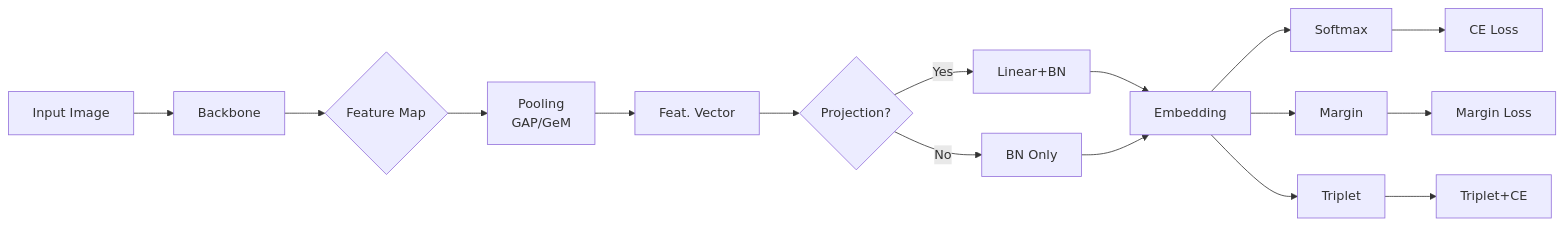
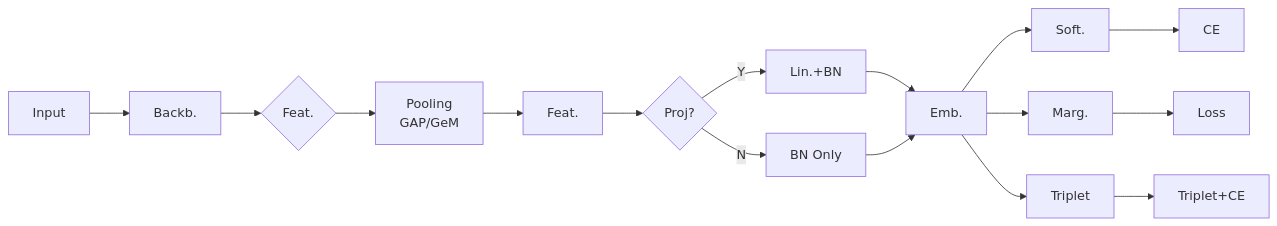
One commit to MicheleMarschner/jaguar_project changed the diagram in reports/experiments/E00_kaggle-leaderboard_backbone.md. Above: the diagram before and after it, drawn with Mermaid.

Commit message:
Refine Re-ID pipeline diagram in markdown
Updated the mermaid diagram for the Re-ID pipeline to improve clarity and conciseness.

````diff
--- a/reports/experiments/E00_kaggle-leaderboard_backbone.md
+++ b/reports/experiments/E00_kaggle-leaderboard_backbone.md
@@ -41,19 +41,18 @@
 ```mermaid
-%%{init: {'nodePadding': 0}}%%
 flowchart LR
-A[Input Image] --> B[Backbone]
-B --> C{Feature Map}
+A[Input] --> B[Backb.]
+B --> C{Feat.}
 
 C --> D[Pooling<br/>GAP/GeM]
-D --> E[Feat. Vector]
+D --> E[Feat.]
 
-E --> F{Projection?}
-F -->|Yes| G[Linear+BN]
-F -->|No| H[BN Only]
+E --> F{Proj?}
+F -->|Y| G[Lin.+BN]
+F -->|N| H[BN Only]
 
-G & H --> I[Embedding]
+G & H --> I[Emb.]
 
-I --> J1[Softmax] --> L1[CE Loss]
-I --> J2[Margin] --> L2[Margin Loss]
+I --> J1[Soft.] --> L1[CE]
+I --> J2[Marg.] --> L2[Loss]
 I --> J3[Triplet] --> L3[Triplet+CE]
 ```
````
